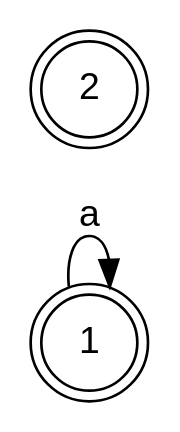
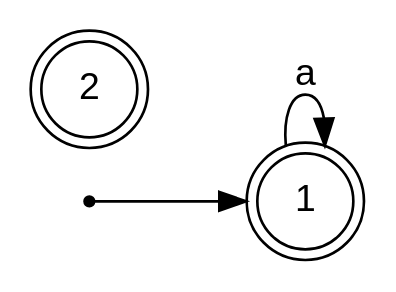
The diagram in zadanie-prolog/testy/pack/graphviz/src/example_b5.dot (jmolinski/jpp), drawn with Graphviz before and after one commit. The commit also changed 68 other files, not shown here.

```diff
--- a/zadanie-prolog/testy/pack/graphviz/src/example_b5.dot
+++ b/zadanie-prolog/testy/pack/graphviz/src/example_b5.dot
@@ -1,10 +1,10 @@
 digraph finite_state_machine {
 	fontname="Helvetica,Arial,sans-serif"
 	node [fontname="Helvetica,Arial,sans-serif"]
 	edge [fontname="Helvetica,Arial,sans-serif"]
 	rankdir=LR;
 	node [shape = doublecircle]; 1;
 	node [shape = doublecircle]; 2;
 	node [shape = circle];
 	1 -> 1 [label = "a"];
-}
+	nowhere [shape=point];	nowhere -> 1;}
```
